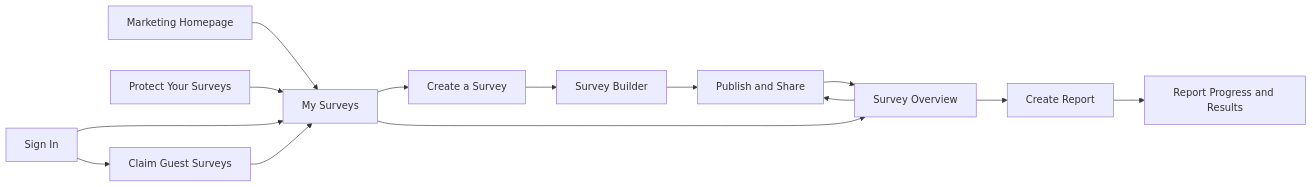
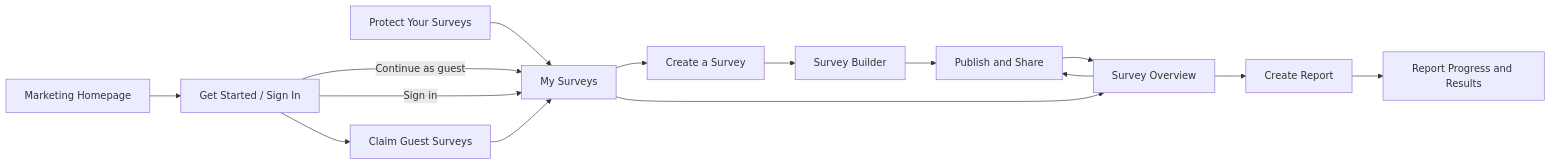
One commit to landofcash/saywide.com changed the first of 2 diagrams in docs/application-screens.md. Above: the diagram before and after it, drawn with Mermaid. The commit also changed other lines of this file and 43 other files, not shown here.

````diff
--- a/docs/application-screens.md
+++ b/docs/application-screens.md
@@ -27,16 +27,17 @@
 ```mermaid
 flowchart LR
-    M1[Marketing Homepage] --> O4[My Surveys]
+    M1[Marketing Homepage] --> O9[Get Started / Sign In]
+    O9 -->|Continue as guest| O4[My Surveys]
     O1[Create a Survey] --> O2[Survey Builder]
     O2 --> O3[Publish and Share]
     O3 --> O5[Survey Overview]
     O4 --> O1
     O4 --> O5
     O5 --> O3
     O5 --> O6[Create Report]
     O6 --> O7[Report Progress and Results]
     O8[Protect Your Surveys] --> O4
-    O9[Sign In] --> O4
+    O9 -->|Sign in| O4
     O9 --> O10[Claim Guest Surveys]
     O10 --> O4
 ```
````
